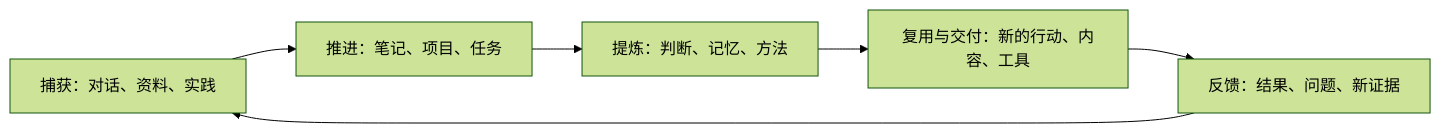
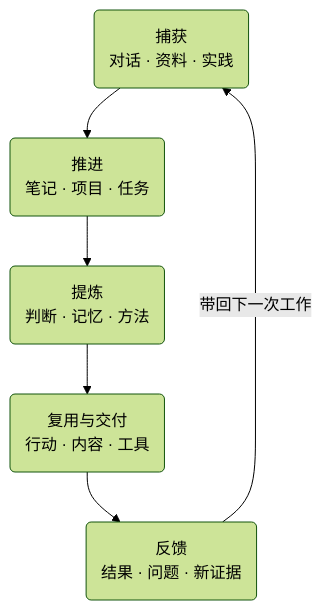
The diagram in README.md (VirusPC/edges), drawn with Mermaid (forest theme) before and after one commit.

Commit message:
docs: 改善循环图的中文排版与窄屏阅读

````diff
--- a/README.md
+++ b/README.md
@@ -43,8 +43,8 @@
 ```mermaid
-flowchart LR
-    A["捕获：对话、资料、实践"] --> B["推进：笔记、项目、任务"]
-    B --> C["提炼：判断、记忆、方法"]
-    C --> D["复用与交付：新的行动、内容、工具"]
-    D --> E["反馈：结果、问题、新证据"]
-    E --> A
+flowchart TB
+    A("捕获<br/>对话 · 资料 · 实践") --> B("推进<br/>笔记 · 项目 · 任务")
+    B --> C("提炼<br/>判断 · 记忆 · 方法")
+    C --> D("复用与交付<br/>行动 · 内容 · 工具")
+    D --> E("反馈<br/>结果 · 问题 · 新证据")
+    E -->|带回下一次工作| A
 ```
````
